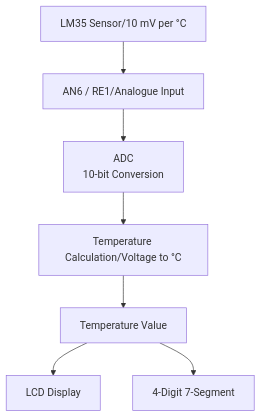
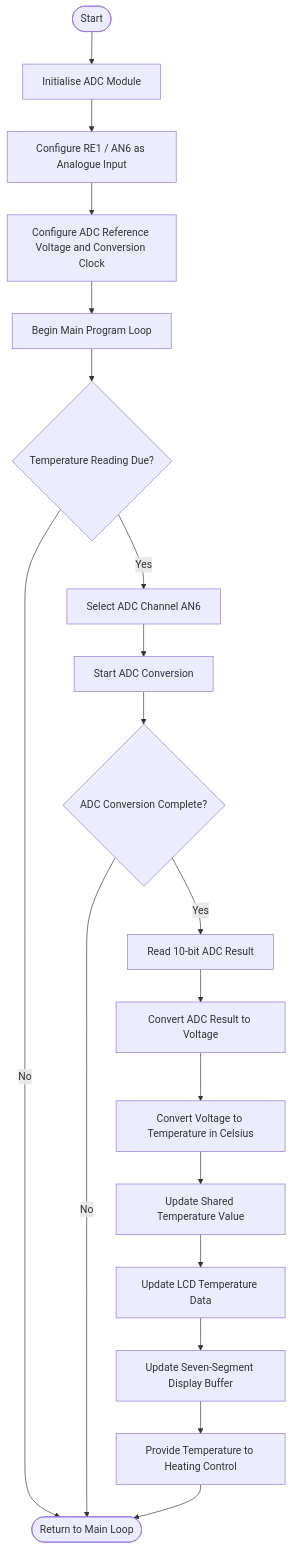
The first of 4 diagrams in Documentation/Diagrams.md (ACW-Team/Embedded-System-Applications-Group), drawn with Mermaid before and after one commit. The commit also changed other lines of this file and 1 other file, not shown here.

Commit message:
Diagrams.md added

````diff
--- a/Documentation/Diagrams.md
+++ b/Documentation/Diagrams.md
@@ -2,18 +9,35 @@
-```mermaid
-flowchart 
-    A[LM35 Sensor/10 mV per °C] 
-    B[AN6 / RE1/Analogue Input] 
-    C[ADC<br/>10-bit Conversion] 
-    D[Temperature Calculation/Voltage to °C]
-    E[ Temperature Value ] 
+``` mermaid
+flowchart TD
+    A([Start]) --> B[Initialise ADC Module]
+    B --> C[Configure RE1 / AN6 as Analogue Input]
+    C --> D[Configure ADC Reference Voltage and Conversion Clock]
+    D --> E[Begin Main Program Loop]
 
-    F[ LCD Display ]
-    G[ 4-Digit 7-Segment ]
+    E --> F{Temperature Reading Due?}
 
-    A --> B
-    B --> C
-    C --> D
-    D --> E
-    E --> F
-    E --> G
+    F -- No --> G([Return to Main Loop])
+
+    F -- Yes --> H[Select ADC Channel AN6]
+
+    H --> I[Start ADC Conversion]
+
+    I --> J{ADC Conversion Complete?}
+
+    J -- No --> G
+
+    J -- Yes --> K[Read 10-bit ADC Result]
+
+    K --> L[Convert ADC Result to Voltage]
+
+    L --> M[Convert Voltage to Temperature in Celsius]
+
+    M --> N[Update Shared Temperature Value]
+
+    N --> O[Update LCD Temperature Data]
+
+    O --> P[Update Seven-Segment Display Buffer]
+
+    P --> Q[Provide Temperature to Heating Control]
+
+    Q --> G
 ```
````
